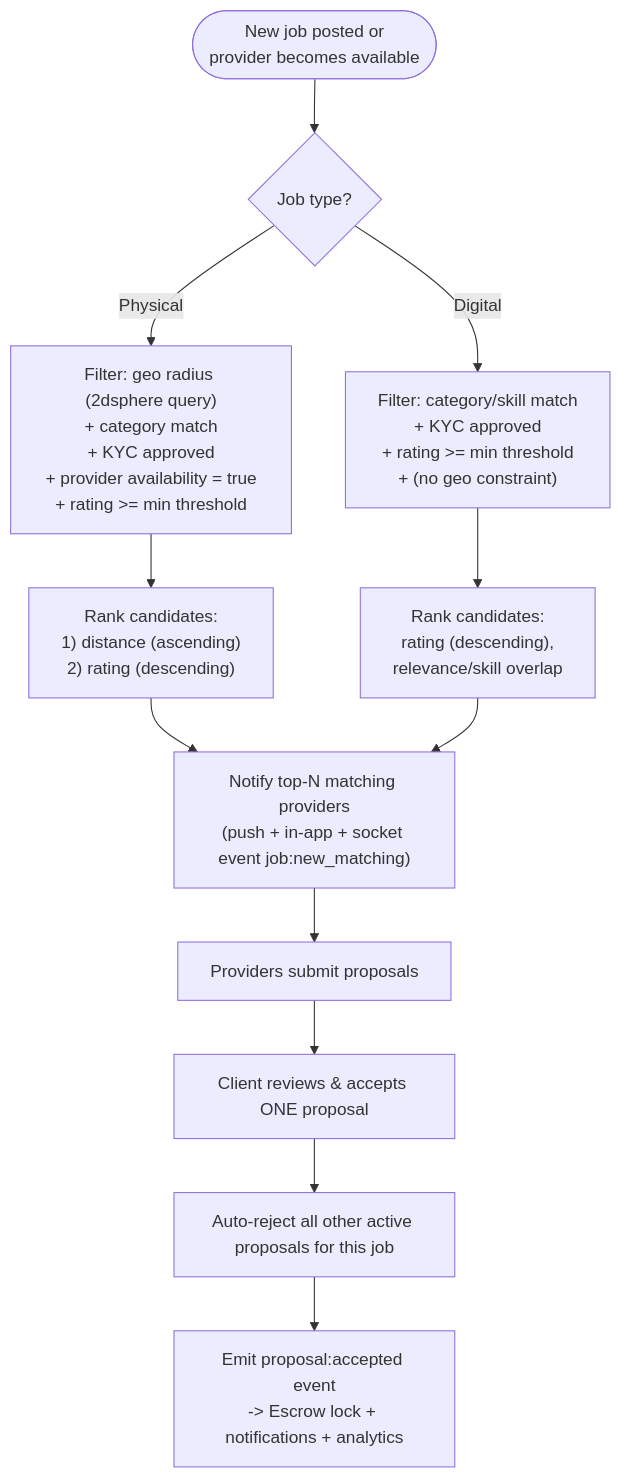
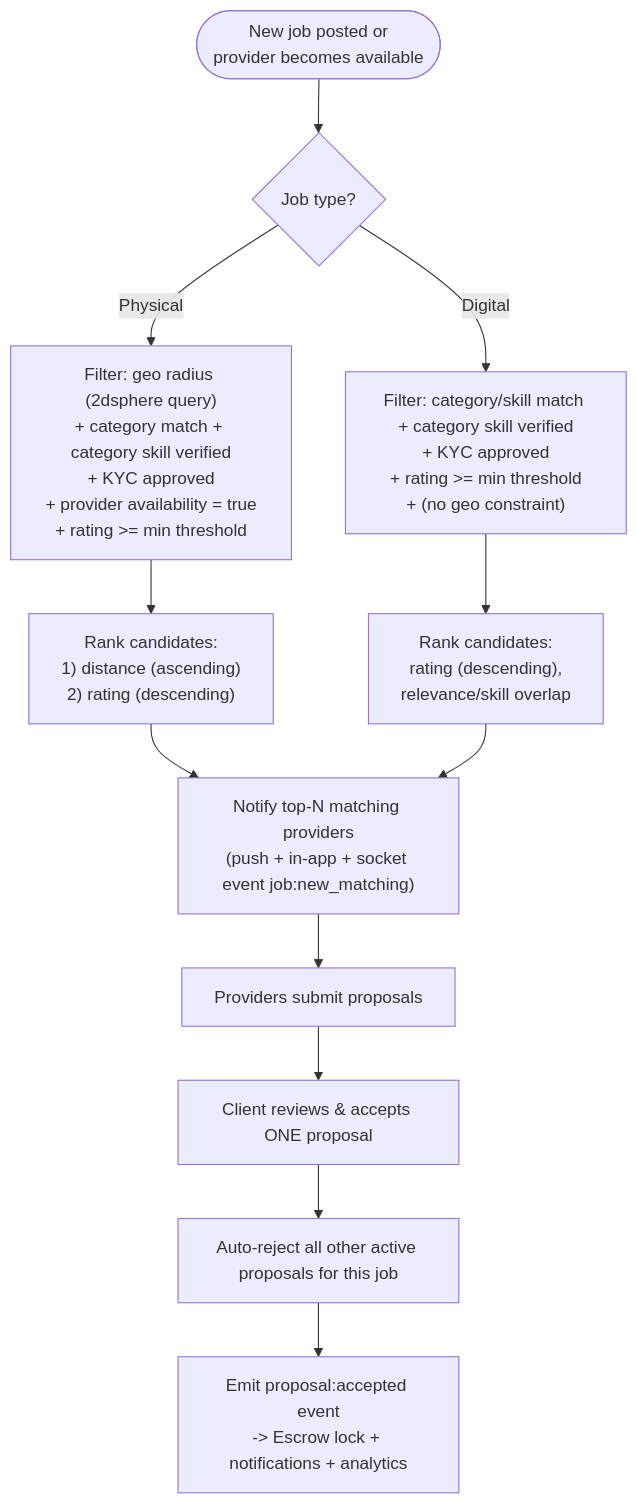
Before and after one commit to Ubaid123678/DO_IT_Platfom: the fourth of 13 diagrams in docs/LLM_ARCHITECTURE_PACK.md, drawn with Mermaid. The commit also changed other lines of this file and 5 other files, not shown here.

````diff
--- a/docs/LLM_ARCHITECTURE_PACK.md
+++ b/docs/LLM_ARCHITECTURE_PACK.md
@@ -183,14 +194,14 @@
 ```mermaid
 flowchart TD
     Start(["New job posted or\nprovider becomes available"]) --> Type{"Job type?"}
-    Type -- Physical --> Geo["Filter: geo radius (2dsphere query)\n+ category match\n+ KYC approved\n+ provider availability = true\n+ rating >= min threshold"]
-    Type -- Digital --> Skill["Filter: category/skill match\n+ KYC approved\n+ rating >= min threshold\n+ (no geo constraint)"]
+    Type -- Physical --> Geo["Filter: geo radius (2dsphere query)\n+ category match + category skill verified\n+ KYC approved\n+ provider availability = true\n+ rating >= min threshold"]
+    Type -- Digital --> Skill["Filter: category/skill match + category skill verified\n+ KYC approved\n+ rating >= min threshold\n+ (no geo constraint)"]
     Geo --> Rank["Rank candidates:\n1) distance (ascending)\n2) rating (descending)"]
     Skill --> Rank2["Rank candidates:\nrating (descending),\nrelevance/skill overlap"]
     Rank --> Notify["Notify top-N matching providers\n(push + in-app + socket event job:new_matching)"]
     Rank2 --> Notify
     Notify --> Wait["Providers submit proposals"]
     Wait --> Accept["Client reviews & accepts ONE proposal"]
     Accept --> AutoReject["Auto-reject all other active proposals for this job"]
     AutoReject --> Lock["Emit proposal:accepted event\n-> Escrow lock + notifications + analytics"]
 ```
````
